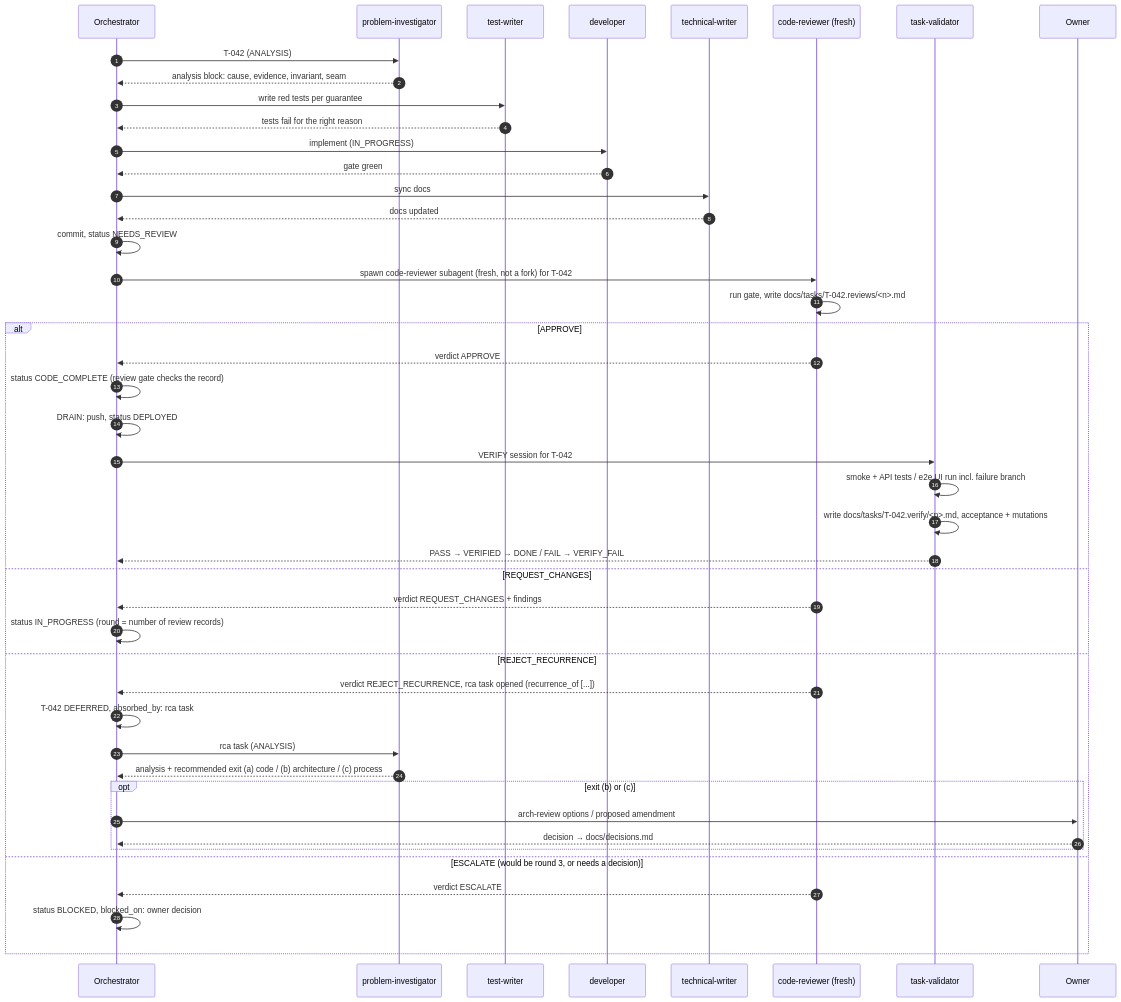
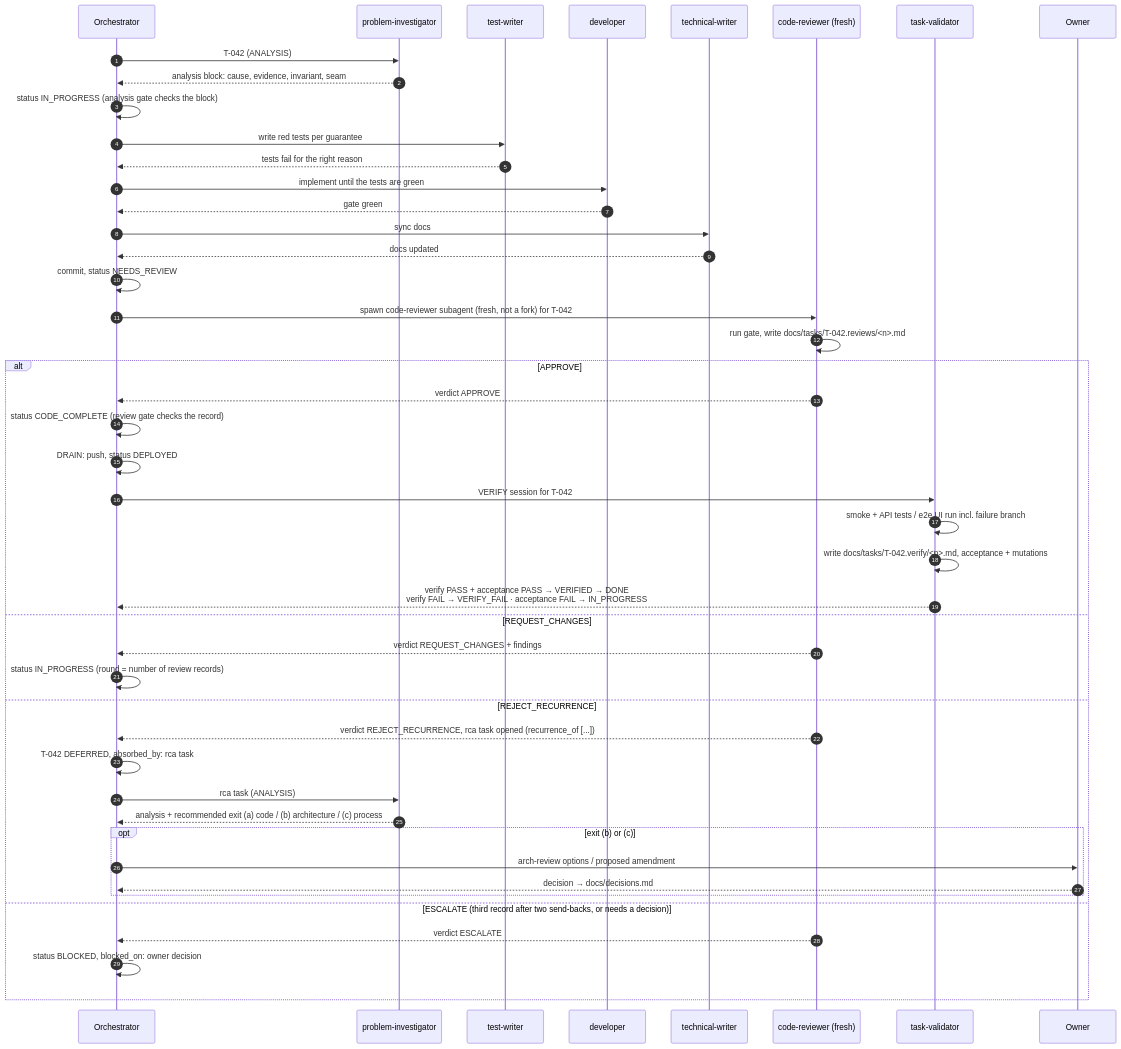
One commit to smykov/teamwright changed the diagram in docs/process/roles.md. Above: the diagram before and after it, drawn with Mermaid. The commit also changed other lines of this file and 17 other files, not shown here.

````diff
--- a/docs/process/roles.md
+++ b/docs/process/roles.md
@@ -51,48 +51,49 @@
 ```mermaid
 sequenceDiagram
     autonumber
     participant O as Orchestrator
     participant I as problem-investigator
     participant T as test-writer
     participant D as developer
     participant W as technical-writer
     participant R as code-reviewer (fresh)
     participant V as task-validator
     participant OW as Owner
 
     O->>I: T-042 (ANALYSIS)
     I-->>O: analysis block: cause, evidence, invariant, seam
+    O->>O: status IN_PROGRESS (analysis gate checks the block)
     O->>T: write red tests per guarantee
     T-->>O: tests fail for the right reason
-    O->>D: implement (IN_PROGRESS)
+    O->>D: implement until the tests are green
     D-->>O: gate green
     O->>W: sync docs
     W-->>O: docs updated
     O->>O: commit, status NEEDS_REVIEW
     O->>R: spawn code-reviewer subagent (fresh, not a fork) for T-042
     R->>R: run gate, write docs/tasks/T-042.reviews/<n>.md
     alt APPROVE
         R-->>O: verdict APPROVE
         O->>O: status CODE_COMPLETE (review gate checks the record)
         O->>O: DRAIN: push, status DEPLOYED
         O->>V: VERIFY session for T-042
         V->>V: smoke + API tests / e2e UI run incl. failure branch
         V->>V: write docs/tasks/T-042.verify/<n>.md, acceptance + mutations
-        V-->>O: PASS → VERIFIED → DONE / FAIL → VERIFY_FAIL
+        V-->>O: verify PASS + acceptance PASS → VERIFIED → DONE<br/>verify FAIL → VERIFY_FAIL · acceptance FAIL → IN_PROGRESS
     else REQUEST_CHANGES
         R-->>O: verdict REQUEST_CHANGES + findings
         O->>O: status IN_PROGRESS (round = number of review records)
     else REJECT_RECURRENCE
         R-->>O: verdict REJECT_RECURRENCE, rca task opened (recurrence_of [...])
         O->>O: T-042 DEFERRED, absorbed_by: rca task
         O->>I: rca task (ANALYSIS)
         I-->>O: analysis + recommended exit (a) code / (b) architecture / (c) process
         opt exit (b) or (c)
             O->>OW: arch-review options / proposed amendment
             OW-->>O: decision → docs/decisions.md
         end
-    else ESCALATE (would be round 3, or needs a decision)
+    else ESCALATE (third record after two send-backs, or needs a decision)
         R-->>O: verdict ESCALATE
         O->>O: status BLOCKED, blocked_on: owner decision
     end
 ```
````
